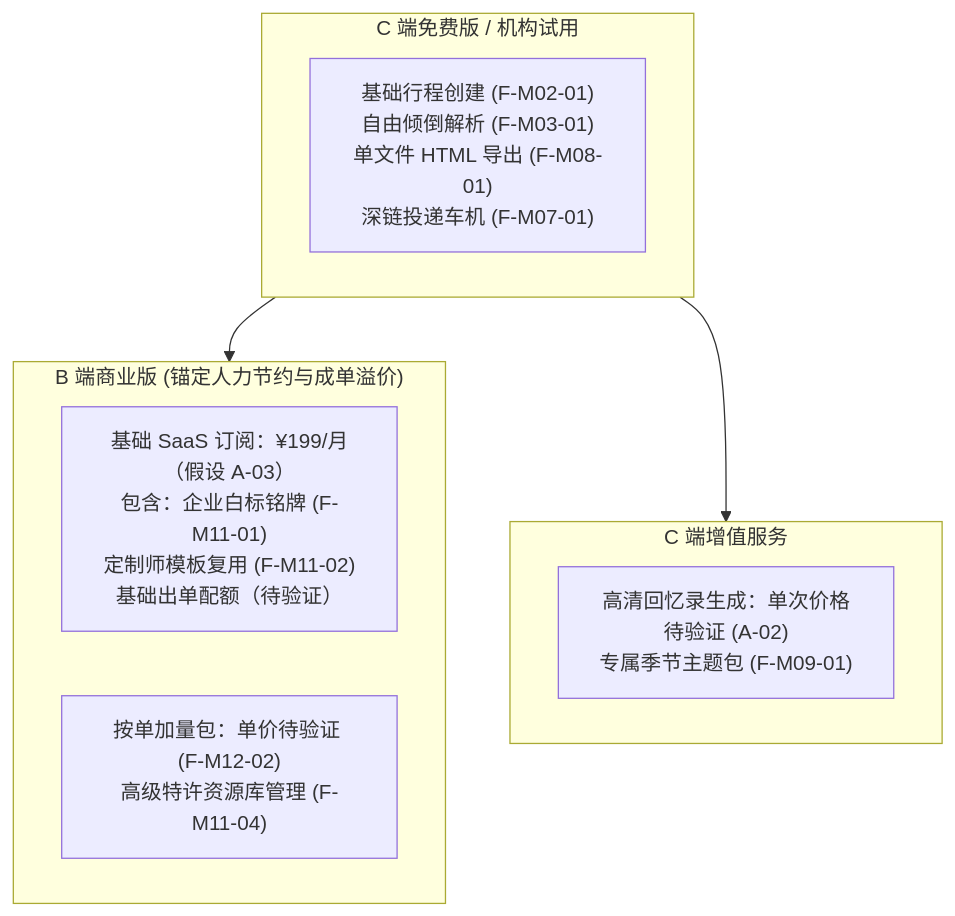
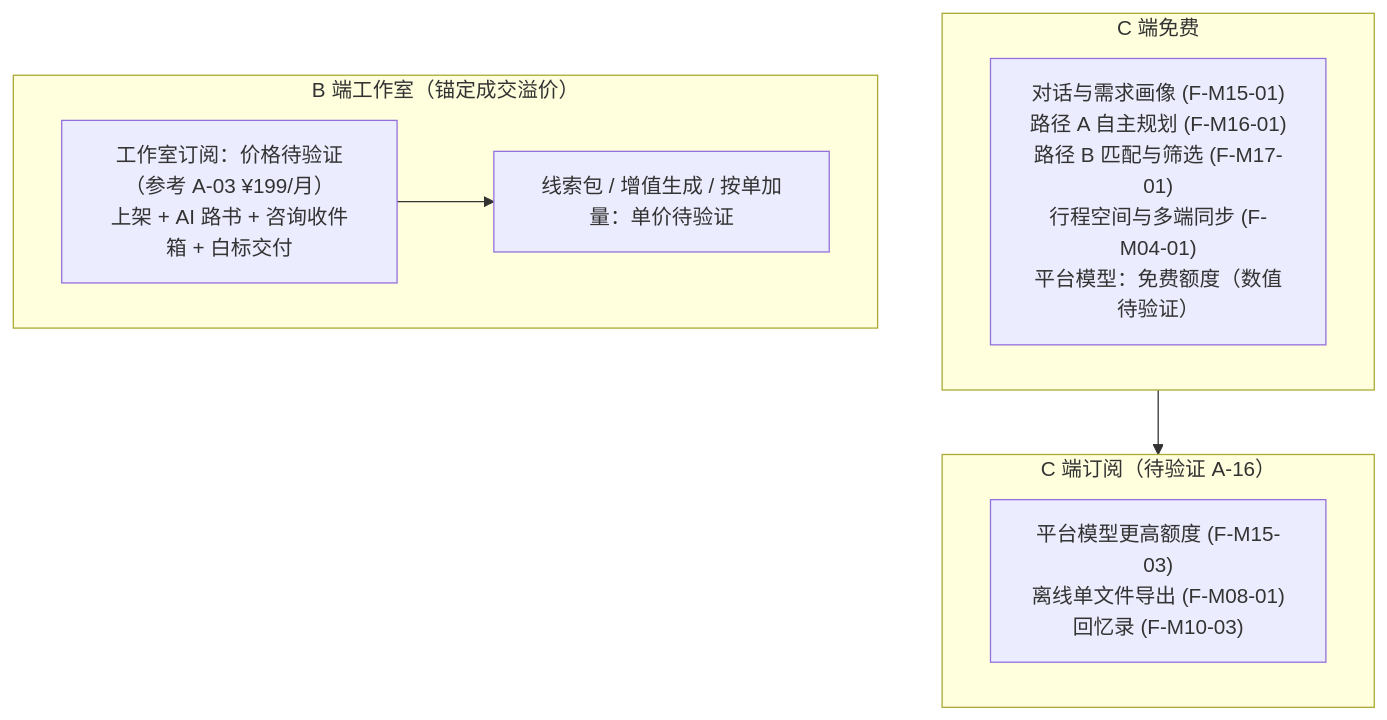
The first of 2 diagrams in docs/product/PRD-05-business-model.md (JohnMaxwell0123/TripCraft), drawn with Mermaid before and after one commit. The commit also changed other lines of this file and 55 other files, not shown here.

````diff
--- a/docs/product/PRD-05-business-model.md
+++ b/docs/product/PRD-05-business-model.md
@@ -33,18 +41,18 @@
 ```mermaid
 flowchart TD
-    subgraph FREE["C 端免费版 / 机构试用"]
-        C_FREE["基础行程创建 (F-M02-01)<br/>自由倾倒解析 (F-M03-01)<br/>单文件 HTML 导出 (F-M08-01)<br/>深链投递车机 (F-M07-01)"]
+    subgraph FREE["C 端免费"]
+        C_FREE["对话与需求画像 (F-M15-01)<br/>路径 A 自主规划 (F-M16-01)<br/>路径 B 匹配与筛选 (F-M17-01)<br/>行程空间与多端同步 (F-M04-01)<br/>平台模型：免费额度（数值待验证）"]
     end
 
-    subgraph B_PAID["B 端商业版 (锚定人力节约与成单溢价)"]
-        B_SAAS["基础 SaaS 订阅：¥199/月（假设 A-03）<br/>包含：企业白标铭牌 (F-M11-01)<br/>定制师模板复用 (F-M11-02)<br/>基础出单配额（待验证）"]
-        B_ADD["按单加量包：单价待验证 (F-M12-02)<br/>高级特许资源库管理 (F-M11-04)"]
+    subgraph C_PAID["C 端订阅（待验证 A-16）"]
+        C_SUB["平台模型更高额度 (F-M15-03)<br/>离线单文件导出 (F-M08-01)<br/>回忆录 (F-M10-03)"]
     end
 
-    subgraph C_ADD["C 端增值服务"]
-        C_VIP["高清回忆录生成：单次价格待验证 (A-02)<br/>专属季节主题包 (F-M09-01)"]
+    subgraph B_PAID["B 端工作室（锚定成交溢价）"]
+        B_SUB["工作室订阅：价格待验证（参考 A-03 ¥199/月）<br/>上架 + AI 路书 + 咨询收件箱 + 白标交付"]
+        B_ADD["线索包 / 增值生成 / 按单加量：单价待验证"]
     end
 
-    FREE --> B_PAID
-    FREE --> C_ADD
+    FREE --> C_PAID
+    B_SUB --> B_ADD
 ```
````
